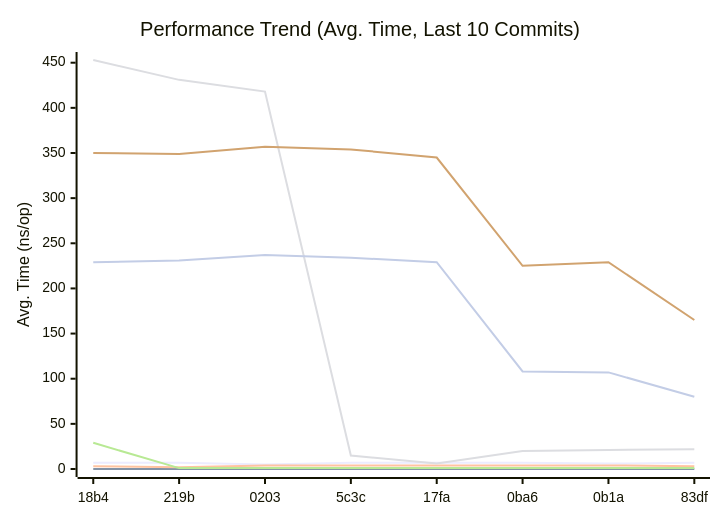
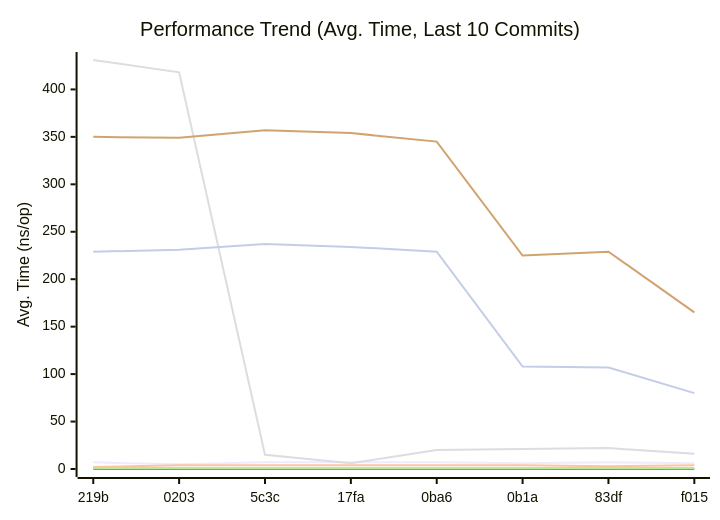
Before and after one commit to alsotoes/momo: the first of 3 diagrams in docs/README.md, drawn with Mermaid. The commit also changed other lines of this file and 1 other file, not shown here.

````diff
--- a/docs/README.md
+++ b/docs/README.md
@@ -188,14 +188,14 @@
 ```mermaid
 xychart-beta
     title "Performance Trend (Avg. Time, Last 10 Commits)"
     x-axis "Commit"
     y-axis "Avg. Time (ns/op)"
-    x-axis [18b4,219b,0203,5c3c,17fa,0ba6,0b1a,83df]
-    line "CheckMetricsAndSwap" [7,7,5,7,7,7,6,7,6,7]
+    x-axis [219b,0203,5c3c,17fa,0ba6,0b1a,83df,f015]
+    line "CheckMetricsAndSwap" [7,5,7,7,7,6,7,6,7,7]
     line "IndexDirectTracking" [0,0,0,0,0,0,0,0,0,0]
-    line "IndexSearch" [3,2,4,4,4,4,4,3,4,3]
-    line "LoadGlobalConfig" [453,431,418,15,6,20,21,22,16,21]
-    line "PadString" [29,1,1,1,1,1,1,1,1,1]
+    line "IndexSearch" [2,4,4,4,4,4,3,4,3,3]
+    line "LoadGlobalConfig" [431,418,15,6,20,21,22,16,21,1]
+    line "PadString" [1,1,1,1,1,1,1,1,1,1]
     line "ParseReplicationOrder_NoPrealloc" [350,349,357,354,345,225,229,165,232,234]
     line "ParseReplicationOrder_Prealloc" [229,231,237,234,229,108,107,80,110,109]
 ```
````
